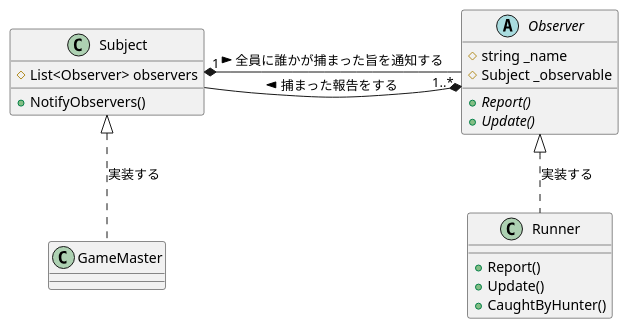
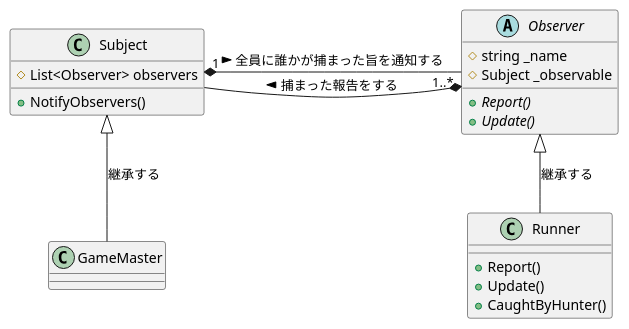
Before and after one commit to mei28/Deeesign_patteeern: the diagram in 17-Observer/PlantUML/tosochu.pu, drawn with PlantUML.

Commit message:
UPDATE: 軽微な修正

```diff
--- a/17-Observer/PlantUML/tosochu.pu
+++ b/17-Observer/PlantUML/tosochu.pu
@@ -1,30 +1,30 @@
 @startuml Observerパターン
 
 abstract class Observer {
     # string _name
     # Subject _observable
     + {abstract} Report()
     + {abstract} Update()
 }
 
 class Subject {
     # List<Observer> observers
     + NotifyObservers()
 }
 
 class GameMaster {
 }
 
 class Runner {
     + Report()
     + Update()
     + CaughtByHunter()
 }
 
-Observer <|.. Runner : 実装する
-Subject <|.. GameMaster : 実装する
+Observer <|-- Runner : 継承する
+Subject <|-- GameMaster : 継承する
 
 Subject "1" *- "1..*" Observer : 全員に誰かが捕まった旨を通知する >
 Observer *- Subject : 捕まった報告をする >
 
 @enduml
```
